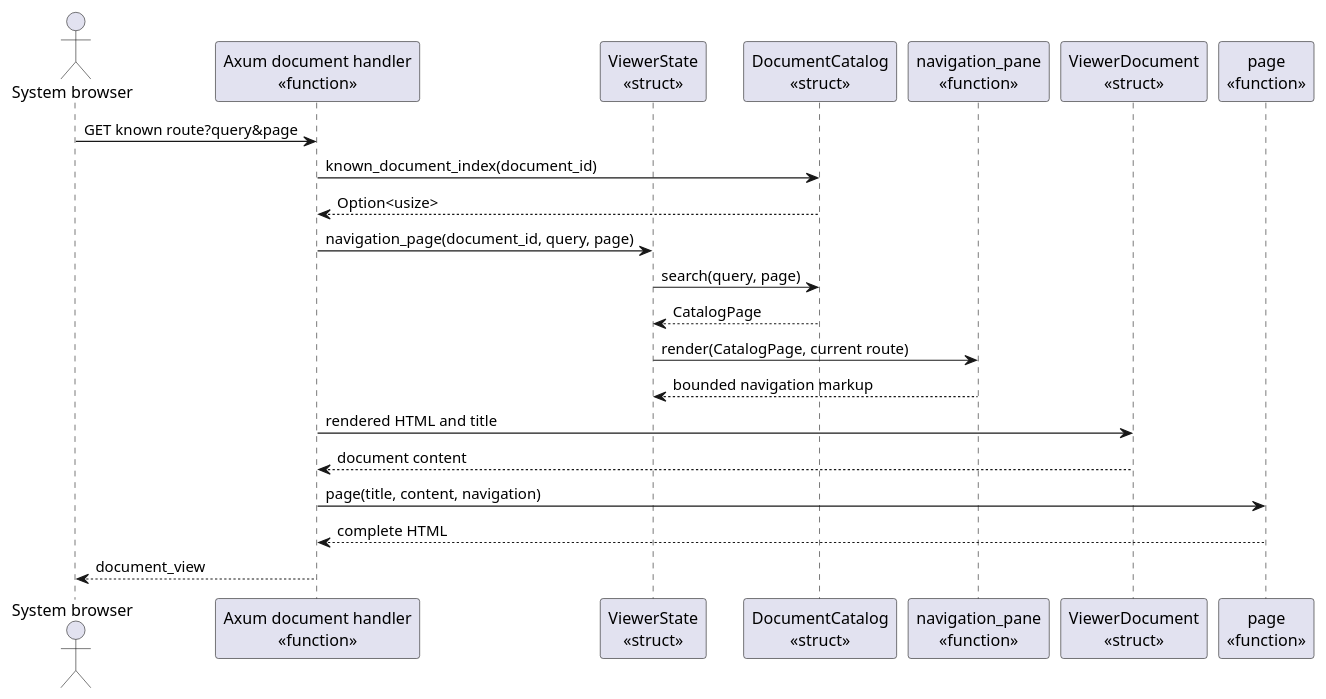
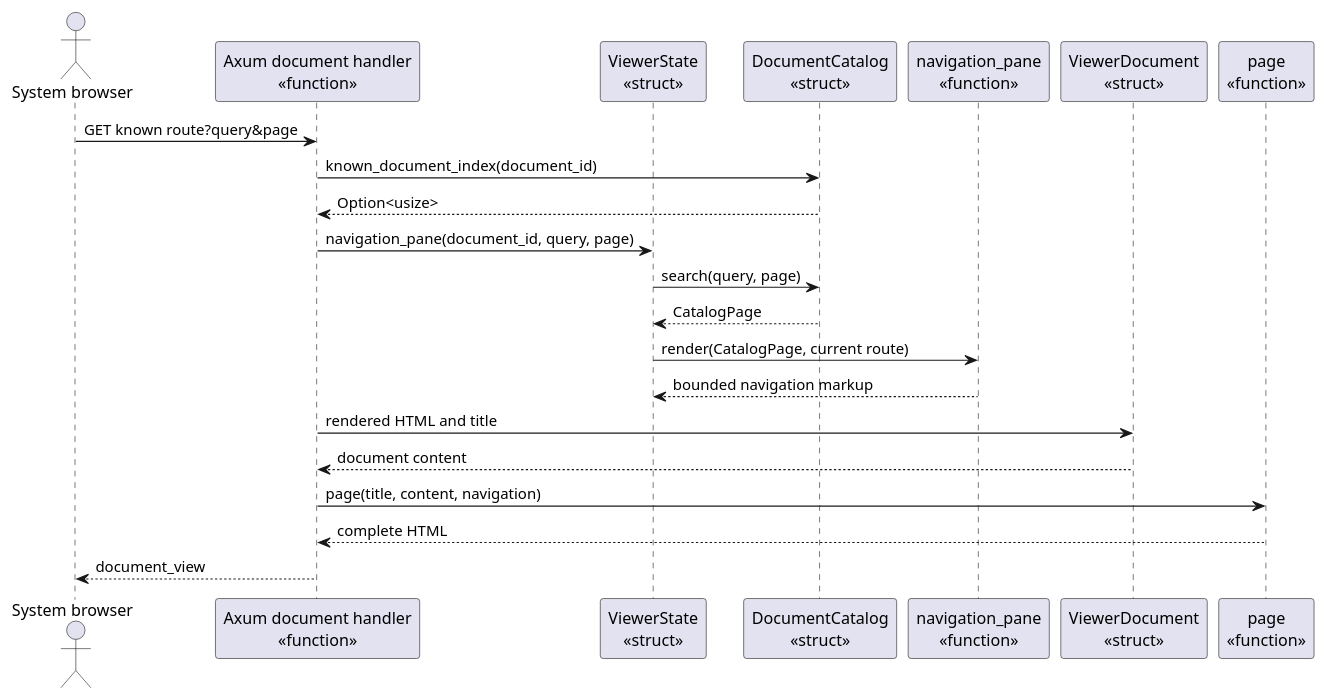
One commit to sirius-cc-wu/lens changed the first of 2 diagrams in docs/features/document-navigation-pane/design.md. Above: the diagram before and after it, drawn with PlantUML. The commit also changed other lines of this file and 10 other files, not shown here.

````diff
--- a/docs/features/document-navigation-pane/design.md
+++ b/docs/features/document-navigation-pane/design.md
@@ -17,25 +17,25 @@
 ```plantuml
 @startuml
 actor "System browser" as Browser
 participant "Axum document handler\n<<function>>" as Handler
 participant "ViewerState\n<<struct>>" as State
 participant "DocumentCatalog\n<<struct>>" as Catalog
 participant "navigation_pane\n<<function>>" as Navigation
 participant "ViewerDocument\n<<struct>>" as Document
 participant "page\n<<function>>" as Page
 
 Browser -> Handler: GET known route?query&page
 Handler -> Catalog: known_document_index(document_id)
 Catalog --> Handler: Option<usize>
-Handler -> State: navigation_page(document_id, query, page)
+Handler -> State: navigation_pane(document_id, query, page)
 State -> Catalog: search(query, page)
 Catalog --> State: CatalogPage
 State -> Navigation: render(CatalogPage, current route)
 Navigation --> State: bounded navigation markup
 Handler -> Document: rendered HTML and title
 Document --> Handler: document content
 Handler -> Page: page(title, content, navigation)
 Page --> Handler: complete HTML
 Handler --> Browser: document_view
 @enduml
 ```
````
